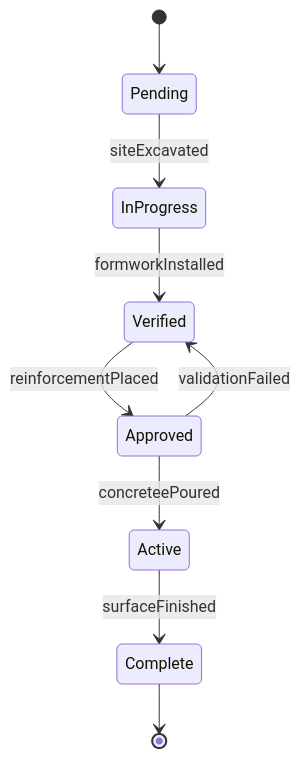
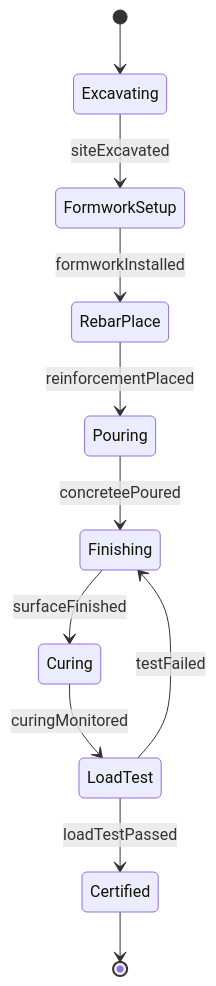
Before and after one commit to dot-org-ai/tasks.org.ai: the second of 4 diagrams in HandlingAndMovingObjects/BuildStructures/InstallStructuralFoundations.mdx, drawn with Mermaid. The commit also changed other lines of this file and 515 other files, not shown here.

````diff
--- a/HandlingAndMovingObjects/BuildStructures/InstallStructuralFoundations.mdx
+++ b/HandlingAndMovingObjects/BuildStructures/InstallStructuralFoundations.mdx
@@ -98,11 +99,13 @@
 ```mermaid
 stateDiagram-v2
-    [*] --> Pending
-    Pending --> InProgress : siteExcavated
-    InProgress --> Verified : formworkInstalled
-    Verified --> Approved : reinforcementPlaced
-    Approved --> Active : concreteePoured
-    Active --> Complete : surfaceFinished
-    Approved --> Verified : validationFailed
-    Complete --> [*]
+    [*] --> Excavating
+    Excavating --> FormworkSetup : siteExcavated
+    FormworkSetup --> RebarPlace : formworkInstalled
+    RebarPlace --> Pouring : reinforcementPlaced
+    Pouring --> Finishing : concreteePoured
+    Finishing --> Curing : surfaceFinished
+    Curing --> LoadTest : curingMonitored
+    LoadTest --> Certified : loadTestPassed
+    LoadTest --> Finishing : testFailed
+    Certified --> [*]
 ```
````
